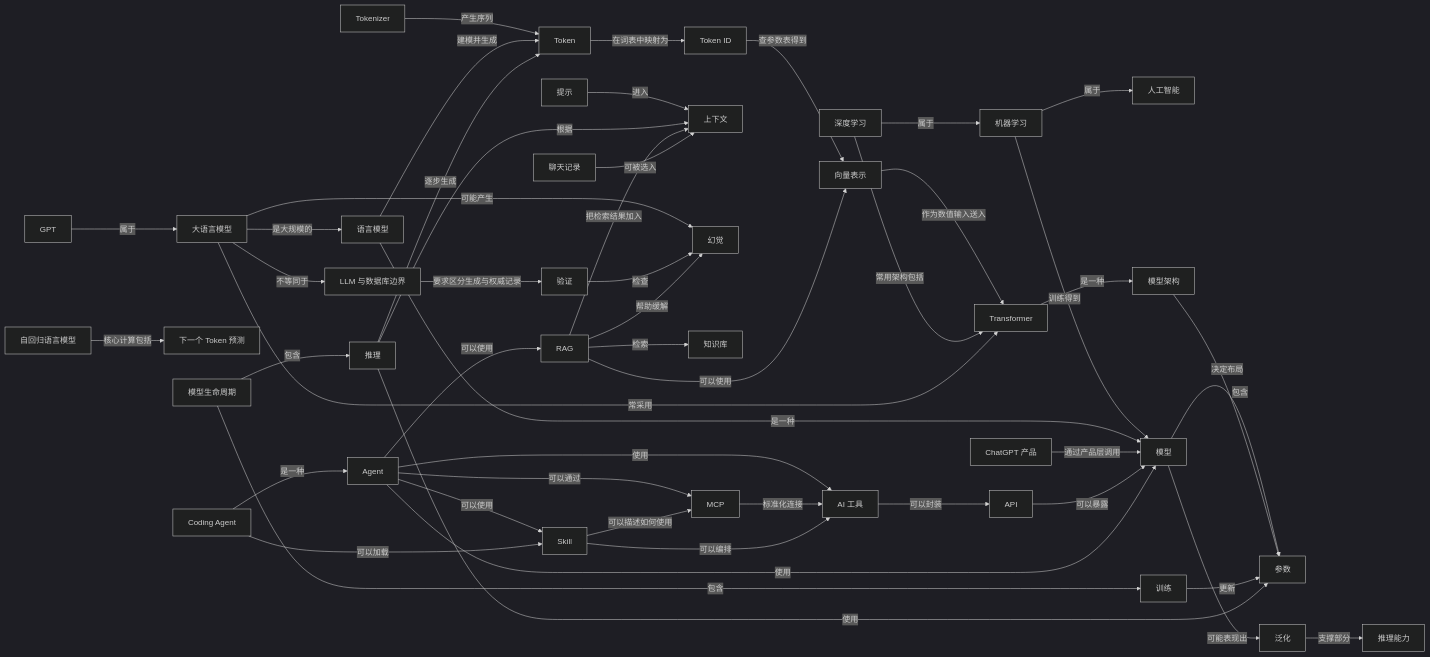
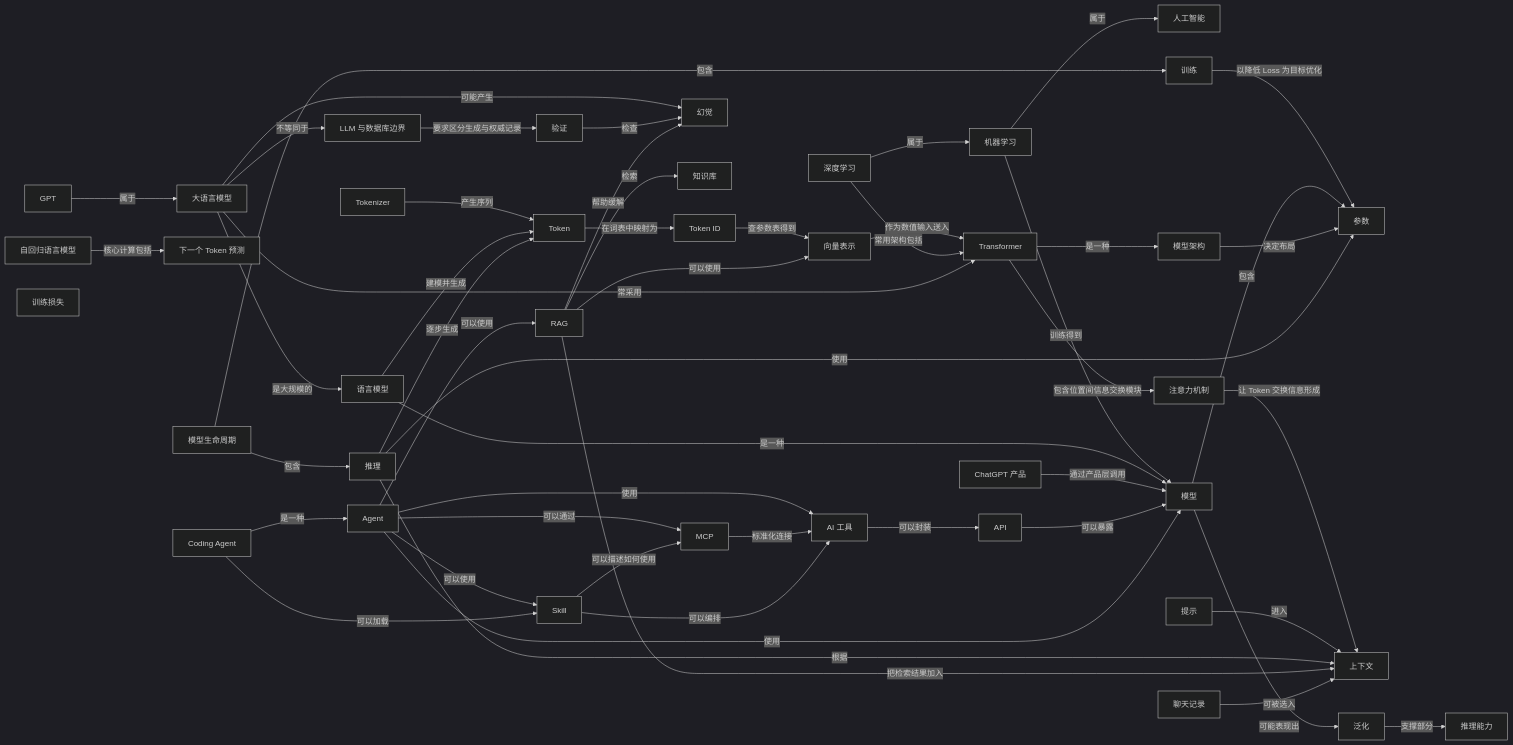
Before and after one commit to z-Zihan/LLM-101: the ninth of 9 diagrams in 知识网络.md, drawn with Mermaid (dark theme). The commit also changed other lines of this file and 8 other files, not shown here.

Commit message:
docs: rebuild transformer attention and training loss

```diff
--- a/知识网络.md
+++ b/知识网络.md
@@ -353,6 +387,8 @@
     n_model_lifecycle["模型生命周期"]
     n_architecture["模型架构"]
     n_transformer["Transformer"]
+    n_attention["注意力机制"]
+    n_loss["训练损失"]
     n_training["训练"]
     n_inference["推理"]
     n_generalization["泛化"]
@@ -374,6 +410,9 @@
     n_token_id -->|"查参数表得到"| n_embedding
     n_embedding -->|"作为数值输入送入"| n_transformer
     n_autoregressive_language_model -->|"核心计算包括"| n_next_token_prediction
+    n_transformer -->|"包含位置间信息交换模块"| n_attention
+    n_attention -->|"让 Token 交换信息形成"| n_context
+    n_training -->|"以降低 Loss 为目标优化"| n_parameter
     n_machine_learning -->|"属于"| n_ai
     n_deep_learning -->|"属于"| n_machine_learning
     n_machine_learning -->|"训练得到"| n_model
@@ -381,7 +420,6 @@
     n_model -->|"包含"| n_parameter
     n_architecture -->|"决定布局"| n_parameter
     n_transformer -->|"是一种"| n_architecture
-    n_training -->|"更新"| n_parameter
     n_inference -->|"使用"| n_parameter
     n_model_lifecycle -->|"包含"| n_training
     n_model_lifecycle -->|"包含"| n_inference
```
